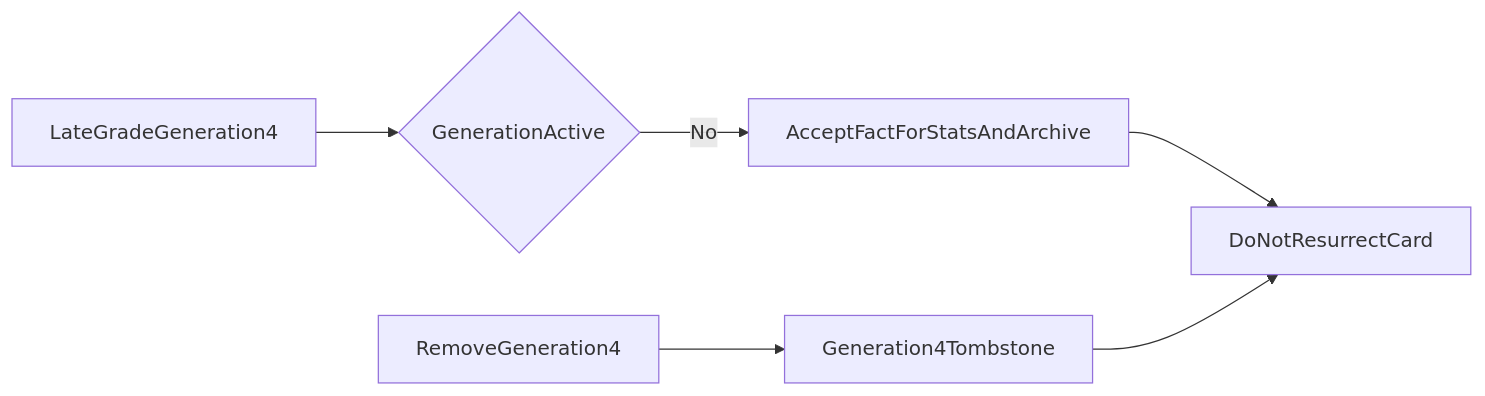
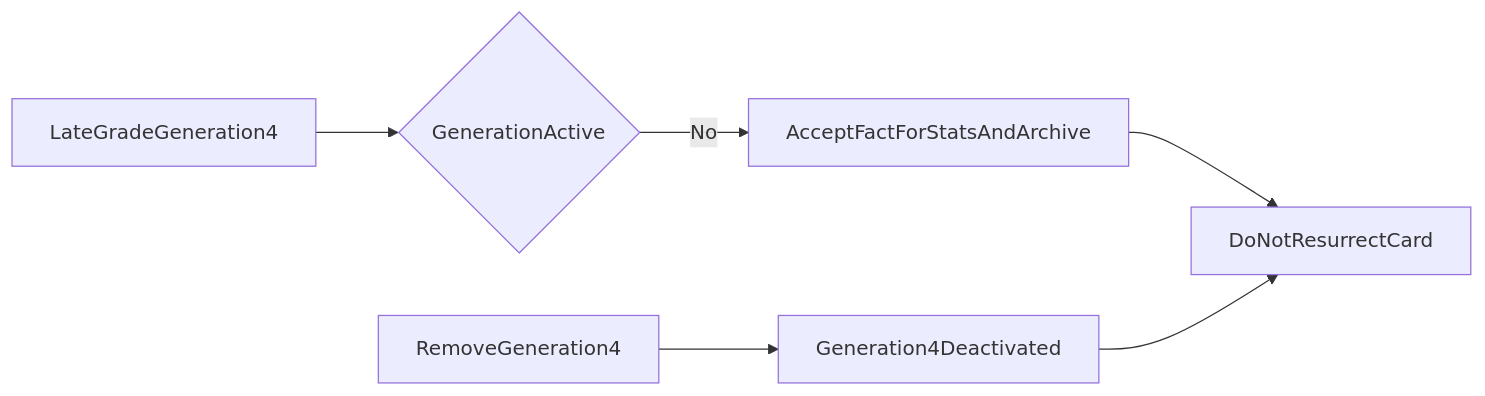
Before and after one commit to PikaPikaGems/kanji-heatmap: the sixth of 6 diagrams in docs/notes/STUDY-ENGINE-BRAINSTORM/STUDY-ENGINE-DESIGN/REVIEWS-AND-FSRS.md, drawn with Mermaid. The commit also changed other lines of this file and 8 other files, not shown here.

````diff
--- a/docs/notes/STUDY-ENGINE-BRAINSTORM/STUDY-ENGINE-DESIGN/REVIEWS-AND-FSRS.md
+++ b/docs/notes/STUDY-ENGINE-BRAINSTORM/STUDY-ENGINE-DESIGN/REVIEWS-AND-FSRS.md
@@ -556,8 +699,8 @@
 ```mermaid
 flowchart LR
-    Remove[RemoveGeneration4] --> Tombstone[Generation4Tombstone]
+    Remove[RemoveGeneration4] --> Inactive[Generation4Deactivated]
     Grade[LateGradeGeneration4] --> Validate{GenerationActive}
     Validate -->|No| Stats[AcceptFactForStatsAndArchive]
     Stats --> NoResurrect[DoNotResurrectCard]
-    Tombstone --> NoResurrect
+    Inactive --> NoResurrect
 ```
````
